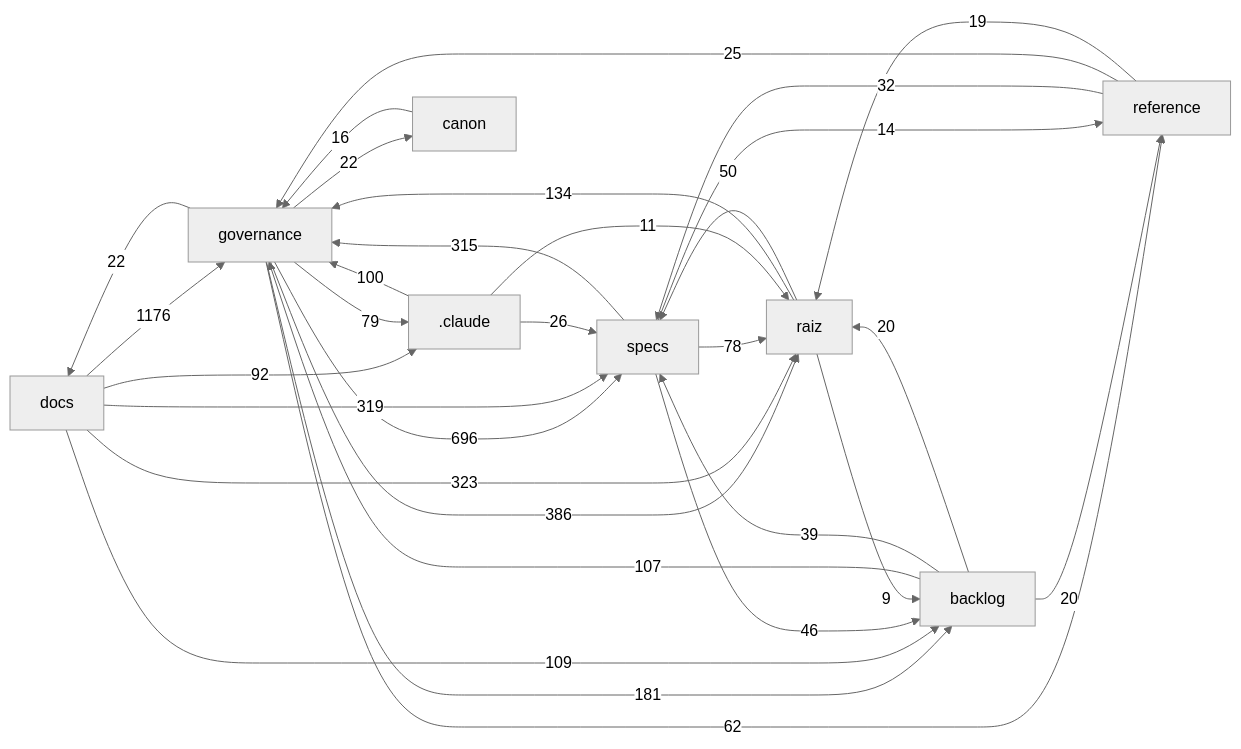
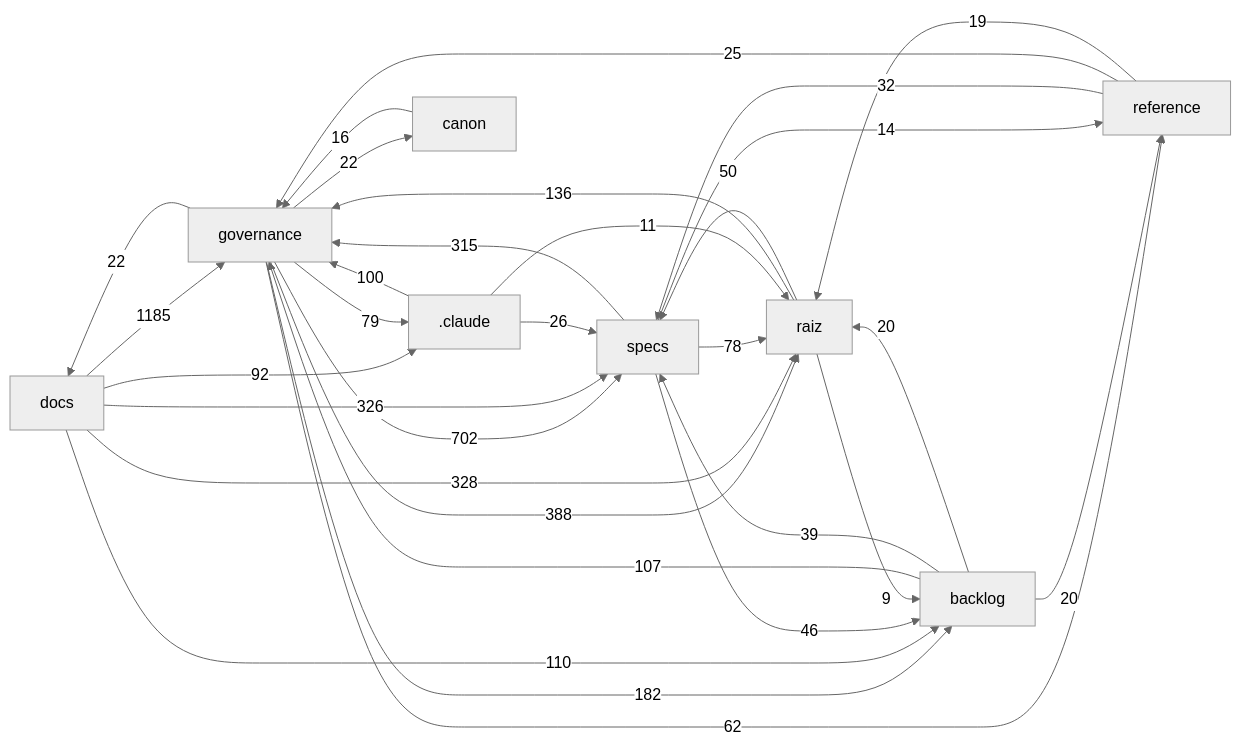
The diagram in docs/mapa/MAPA-PROJETO.md (Andraus35/Sistema-Operacional-de-Trading--SOT), drawn with Mermaid (neutral theme) before and after one commit. The commit also changed other lines of this file and 6 other files, not shown here.

First line of the commit message:
DHR-SPEC007-003: ata das respostas P-1..P-11 do Plan da SPEC-007; ROADMAP e CATALOGO; HANDOFF HO-72

````diff
--- a/docs/mapa/MAPA-PROJETO.md
+++ b/docs/mapa/MAPA-PROJETO.md
@@ -29,33 +29,33 @@
 ```mermaid
 flowchart LR
-  docs["docs"] -->|1176| governance["governance"]
-  governance["governance"] -->|696| specs["specs"]
-  governance["governance"] -->|386| raiz["raiz"]
-  docs["docs"] -->|323| raiz["raiz"]
-  docs["docs"] -->|319| specs["specs"]
+  docs["docs"] -->|1185| governance["governance"]
+  governance["governance"] -->|702| specs["specs"]
+  governance["governance"] -->|388| raiz["raiz"]
+  docs["docs"] -->|328| raiz["raiz"]
+  docs["docs"] -->|326| specs["specs"]
   specs["specs"] -->|315| governance["governance"]
-  governance["governance"] -->|181| backlog["backlog"]
-  raiz["raiz"] -->|134| governance["governance"]
-  docs["docs"] -->|109| backlog["backlog"]
+  governance["governance"] -->|182| backlog["backlog"]
+  raiz["raiz"] -->|136| governance["governance"]
+  docs["docs"] -->|110| backlog["backlog"]
   backlog["backlog"] -->|107| governance["governance"]
   _claude[".claude"] -->|100| governance["governance"]
   docs["docs"] -->|92| _claude[".claude"]
   governance["governance"] -->|79| _claude[".claude"]
   specs["specs"] -->|78| raiz["raiz"]
   governance["governance"] -->|62| reference["reference"]
   raiz["raiz"] -->|50| specs["specs"]
   specs["specs"] -->|46| backlog["backlog"]
   backlog["backlog"] -->|39| specs["specs"]
   reference["reference"] -->|32| specs["specs"]
   _claude[".claude"] -->|26| specs["specs"]
   reference["reference"] -->|25| governance["governance"]
   governance["governance"] -->|22| docs["docs"]
   governance["governance"] -->|22| canon["canon"]
   backlog["backlog"] -->|20| raiz["raiz"]
   backlog["backlog"] -->|20| reference["reference"]
   reference["reference"] -->|19| raiz["raiz"]
   canon["canon"] -->|16| governance["governance"]
   specs["specs"] -->|14| reference["reference"]
   _claude[".claude"] -->|11| raiz["raiz"]
   raiz["raiz"] -->|9| backlog["backlog"]
 ```
````
